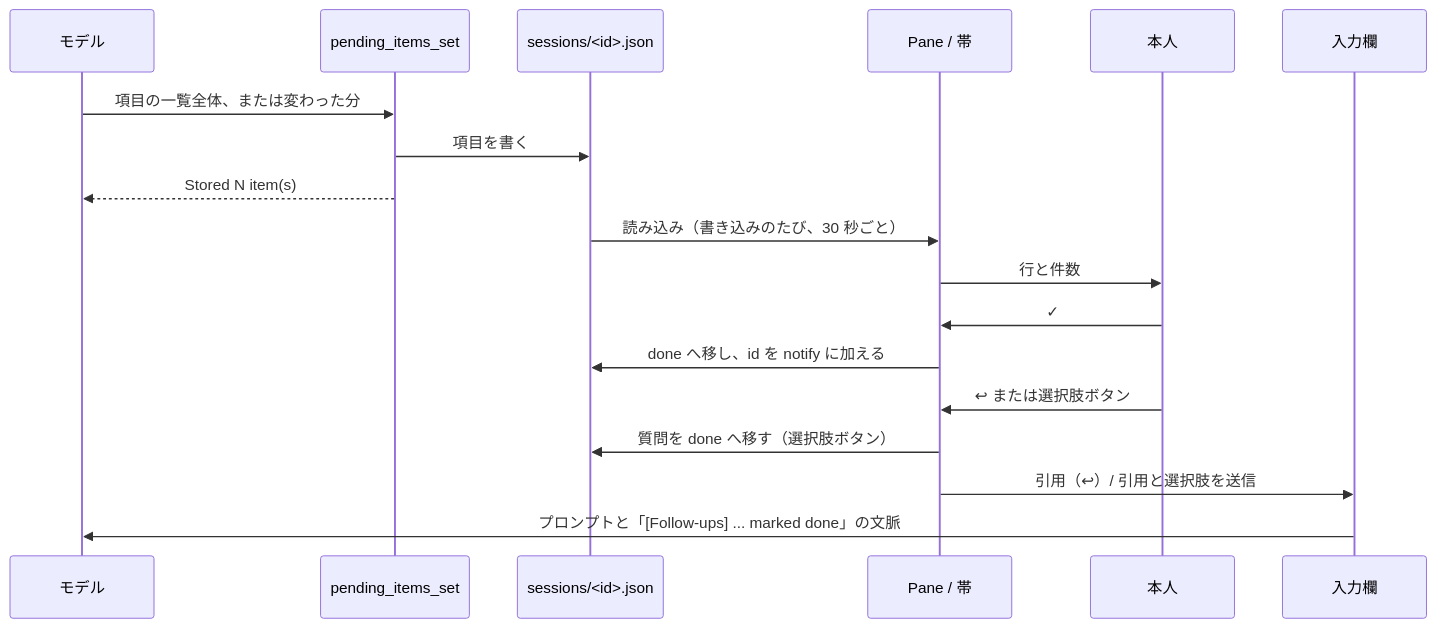
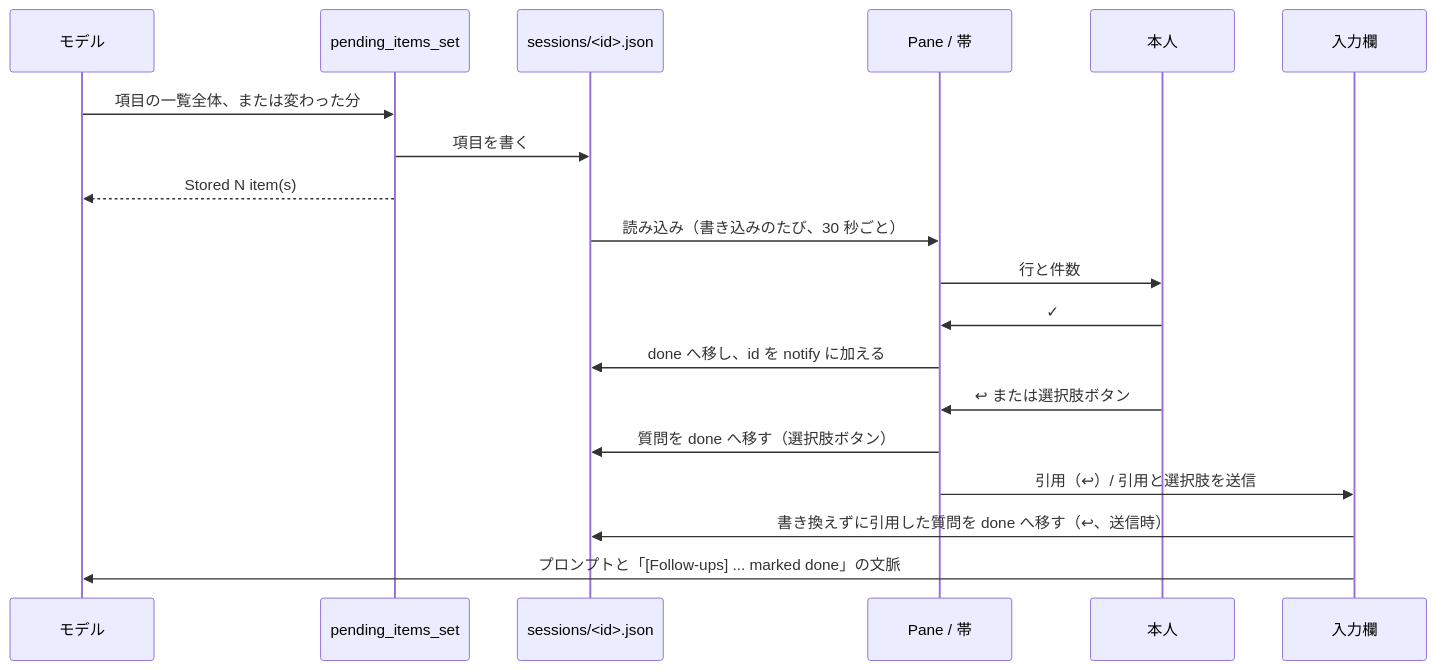
The diagram in README.ja.md (hota911/claude-follow-ups), drawn with Mermaid before and after one commit. The commit also changed other lines of this file and 5 other files, not shown here.

````diff
--- a/README.ja.md
+++ b/README.ja.md
@@ -143,20 +143,21 @@
 ```mermaid
 sequenceDiagram
     participant M as モデル
     participant T as pending_items_set
     participant F as sessions/<id>.json
     participant P as Pane / 帯
     participant U as 本人
     participant B as 入力欄
     M->>T: 項目の一覧全体、または変わった分
     T->>F: 項目を書く
     T-->>M: Stored N item(s)
     F->>P: 読み込み（書き込みのたび、30 秒ごと）
     P->>U: 行と件数
     U->>P: ✓
     P->>F: done へ移し、id を notify に加える
     U->>P: ↩ または選択肢ボタン
     P->>F: 質問を done へ移す（選択肢ボタン）
     P->>B: 引用（↩）/ 引用と選択肢を送信
+    B->>F: 書き換えずに引用した質問を done へ移す（↩、送信時）
     B->>M: プロンプトと「[Follow-ups] ... marked done」の文脈
 ```
````
